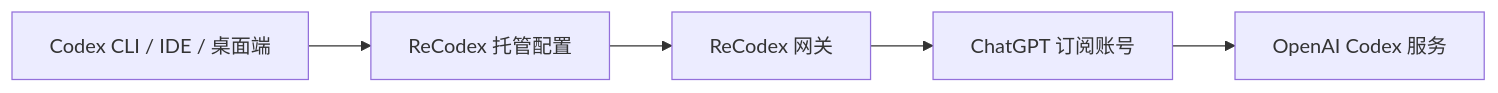
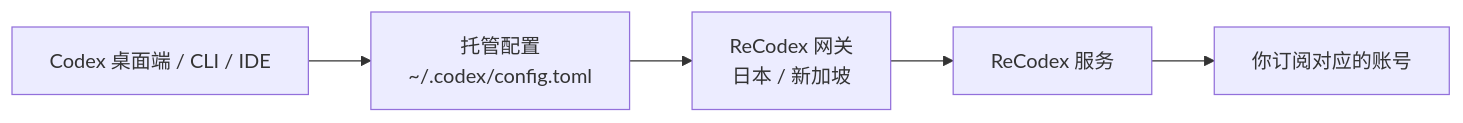
One commit to kvalen-code/docs changed the diagram in how-it-works.mdx. Above: the diagram before and after it, drawn with Mermaid. The commit also changed other lines of this file and 11 other files, not shown here.

````diff
--- a/how-it-works.mdx
+++ b/how-it-works.mdx
@@ -24,7 +13,7 @@
 ```mermaid
 flowchart LR
-  A[Codex CLI / IDE / 桌面端] --> B[ReCodex 托管配置]
-  B --> C[ReCodex 网关]
-  C --> D[ChatGPT 订阅账号]
-  D --> E[OpenAI Codex 服务]
+  A[Codex 桌面端 / CLI / IDE] --> B[托管配置<br/>~/.codex/config.toml]
+  B --> C[ReCodex 网关<br/>日本 / 新加坡]
+  C --> D[ReCodex 服务]
+  D --> E[你订阅对应的账号]
 ```
````
